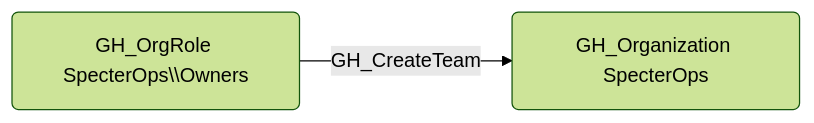
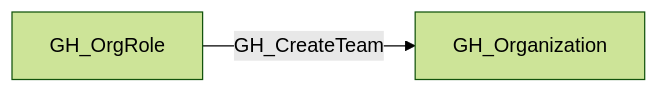
The first of 2 diagrams in docs/opengraph/extensions/github/edges/gh_createteam.mdx (SpecterOps/bloodhound-docs), drawn with Mermaid (forest theme) before and after one commit. The commit also changed other lines of this file and 292 other files, not shown here.

````diff
--- a/docs/opengraph/extensions/github/edges/gh_createteam.mdx
+++ b/docs/opengraph/extensions/github/edges/gh_createteam.mdx
@@ -19,6 +16,6 @@
 ```mermaid
-graph LR
-    node1("GH_OrgRole SpecterOps\\Owners")
-    node2("GH_Organization SpecterOps")
-    node1 -- GH_CreateTeam --> node2
+flowchart LR
+    GH_Organization["GH_Organization"]
+    GH_OrgRole["GH_OrgRole"]
+    GH_OrgRole -- GH_CreateTeam --> GH_Organization
 ```
````
